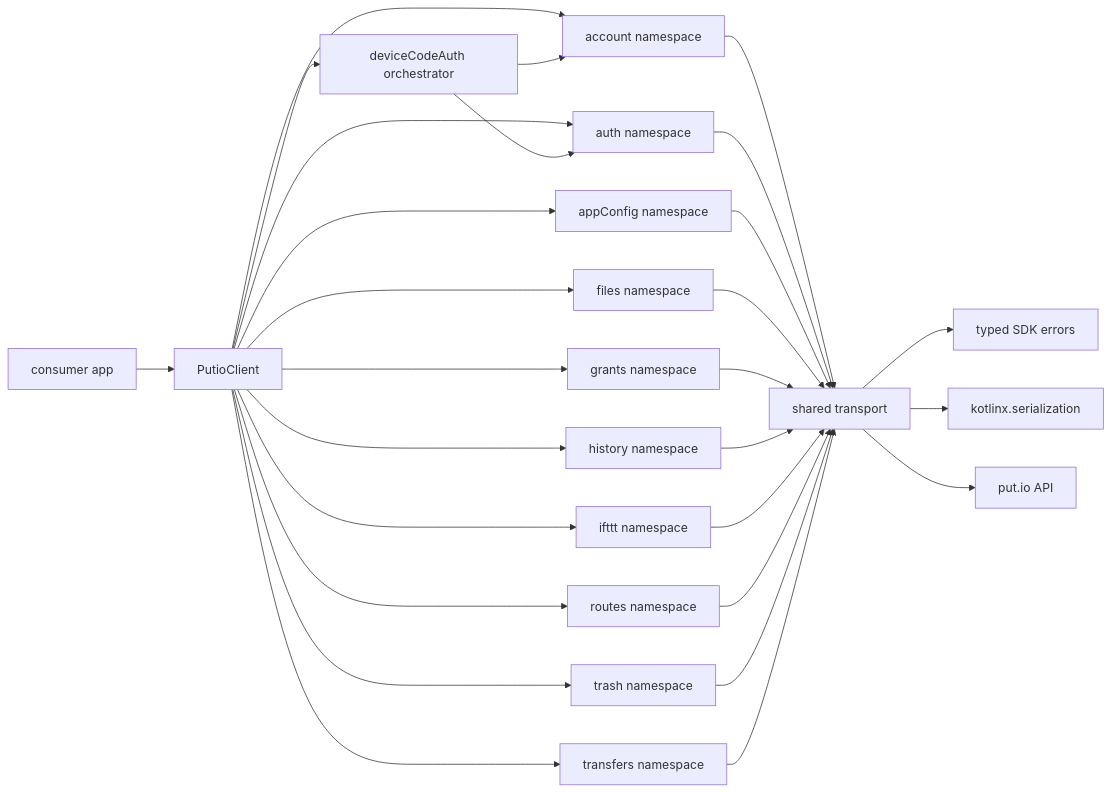
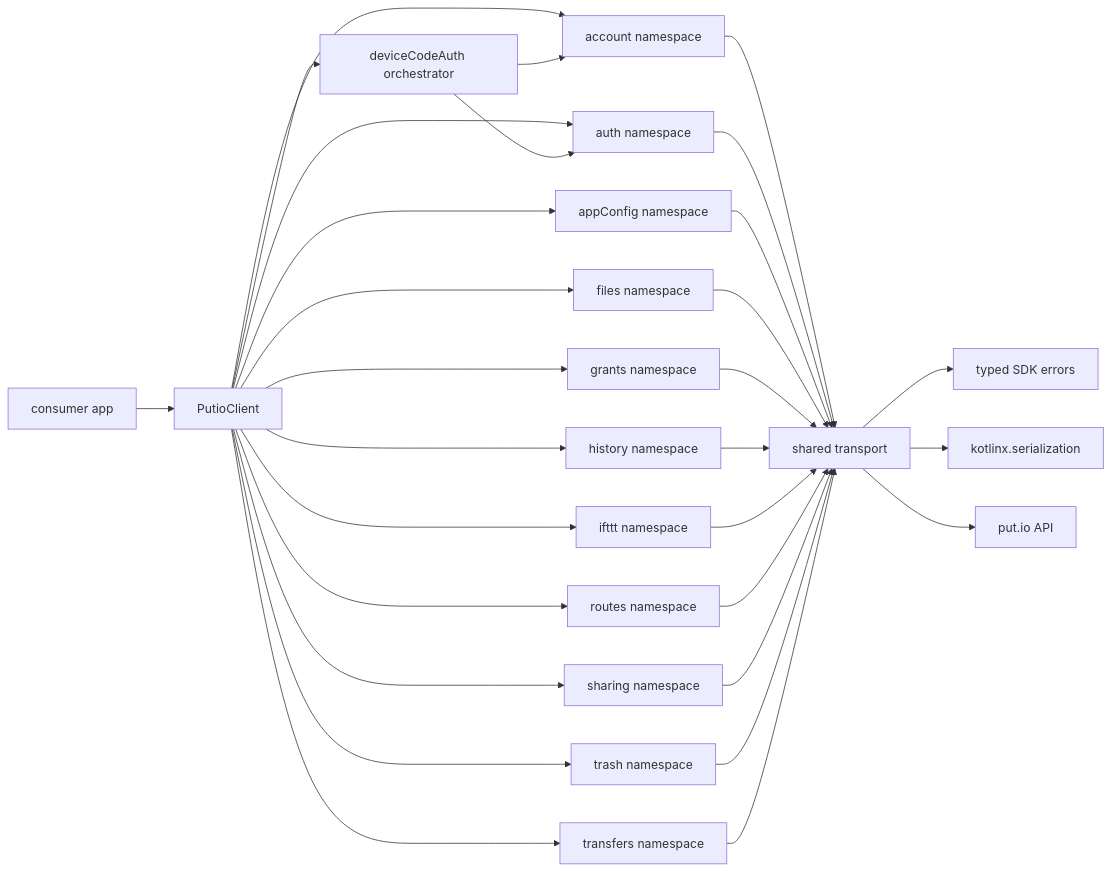
Before and after one commit to putdotio/putio-sdk-kotlin: the diagram in docs/ARCHITECTURE.md, drawn with Mermaid. The commit also changed other lines of this file and 7 other files, not shown here.

First line of the commit message:
feat(sharing): add sharing and public-links namespace (#56)

````diff
--- a/docs/ARCHITECTURE.md
+++ b/docs/ARCHITECTURE.md
@@ -5,30 +5,32 @@
 ```mermaid
 graph LR
   Consumer["consumer app"] --> Client["PutioClient"]
   Client --> Account["account namespace"]
   Client --> Auth["auth namespace"]
   Client --> DeviceCode["deviceCodeAuth orchestrator"]
   Client --> Config["appConfig namespace"]
   Client --> Files["files namespace"]
   Client --> Grants["grants namespace"]
   Client --> History["history namespace"]
   Client --> Ifttt["ifttt namespace"]
   Client --> Routes["routes namespace"]
+  Client --> Sharing["sharing namespace"]
   Client --> Trash["trash namespace"]
   Client --> Transfers["transfers namespace"]
   Account --> Transport["shared transport"]
   Auth --> Transport
   DeviceCode --> Auth
   DeviceCode --> Account
   Config --> Transport
   Files --> Transport
   Grants --> Transport
   History --> Transport
   Ifttt --> Transport
   Routes --> Transport
+  Sharing --> Transport
   Trash --> Transport
   Transfers --> Transport
   Transport --> Errors["typed SDK errors"]
   Transport --> Json["kotlinx.serialization"]
   Transport --> API["put.io API"]
 ```
````
